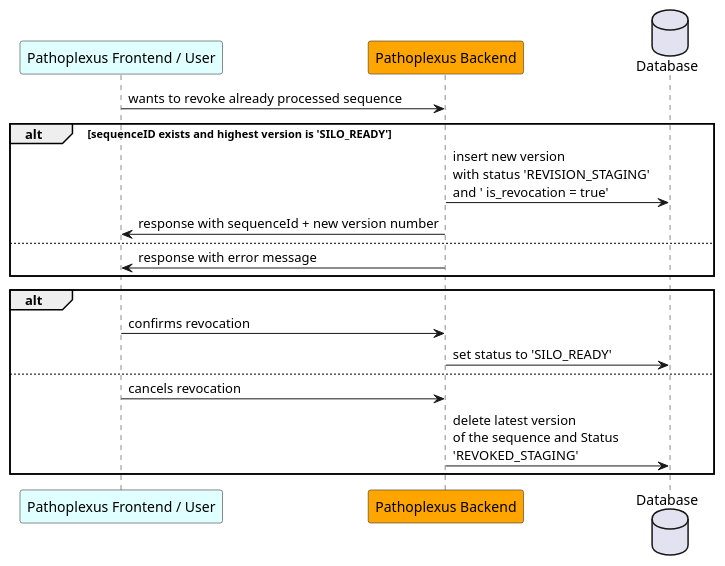
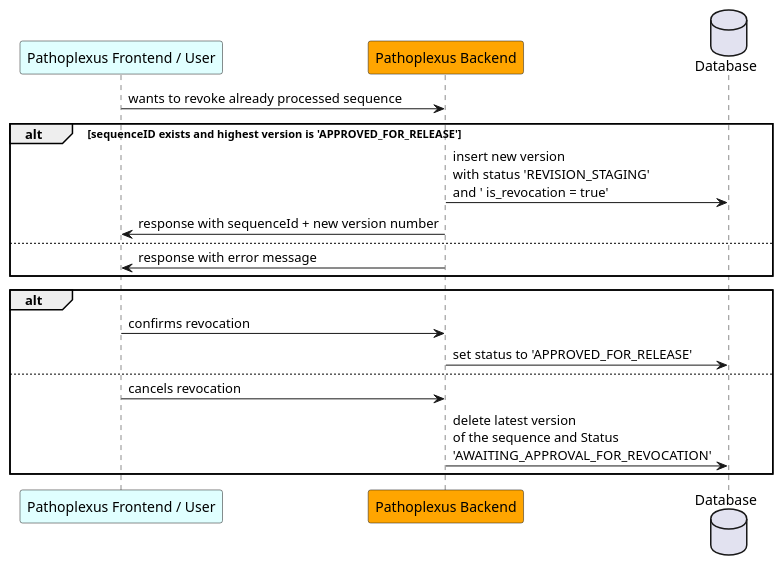
Before and after one commit to loculus-project/loculus: the diagram in backend/docs/plantuml/sequenceRevocation.puml, drawn with PlantUML. The commit also changed 31 other files, not shown here.

Commit message:
refactor(backend): Rename status

```diff
--- a/backend/docs/plantuml/sequenceRevocation.puml
+++ b/backend/docs/plantuml/sequenceRevocation.puml
@@ -1,22 +1,22 @@
 @startuml
     participant "Pathoplexus Frontend / User" as frontend #LightCyan
     participant "Pathoplexus Backend" as backend #Orange
     database "Database" as DB
 
     frontend -> backend: wants to revoke already processed sequence
 
-     alt sequenceID exists and highest version is 'SILO_READY'
+     alt sequenceID exists and highest version is 'APPROVED_FOR_RELEASE'
         backend -> DB: insert new version\nwith status 'REVISION_STAGING' \nand ' is_revocation = true'
     backend -> frontend: response with sequenceId + new version number
     else
         backend -> frontend: response with error message
     end
 
     alt
         frontend -> backend: confirms revocation
-        backend -> DB: set status to 'SILO_READY'
+        backend -> DB: set status to 'APPROVED_FOR_RELEASE'
     else
         frontend -> backend: cancels revocation
-        backend -> DB: delete latest version \nof the sequence and Status \n'REVOKED_STAGING'
+        backend -> DB: delete latest version \nof the sequence and Status \n'AWAITING_APPROVAL_FOR_REVOCATION'
     end
 @enduml
```
